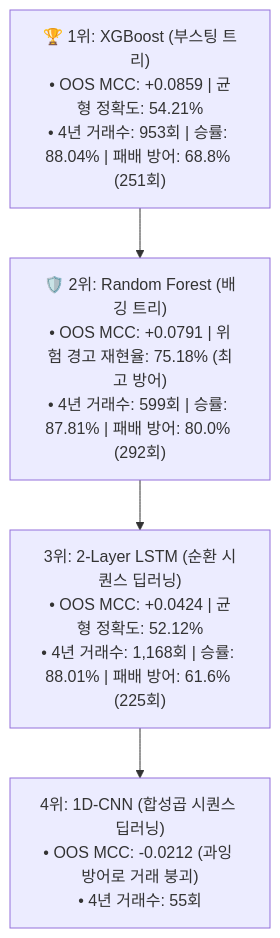
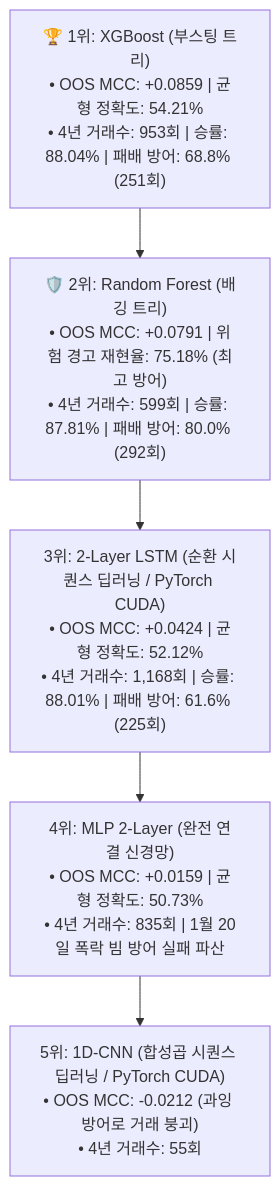
Before and after one commit to isltod/extreme-trading-experiments: the second of 2 diagrams in results/reports/strat03_step4_morphology_ml_report.md, drawn with Mermaid. The commit also changed other lines of this file, not shown here.

Commit message:
docs(strat03): ensure complete 1D-CNN, LSTM, MLP and Tree models in Step 4 report

````diff
--- a/results/reports/strat03_step4_morphology_ml_report.md
+++ b/results/reports/strat03_step4_morphology_ml_report.md
@@ -63,12 +63,14 @@
 ```mermaid
 flowchart TD
     Tree1["🏆 1위: XGBoost (부스팅 트리)<br/>• OOS MCC: +0.0859 | 균형 정확도: 54.21%<br/>• 4년 거래수: 953회 | 승률: 88.04% | 패배 방어: 68.8% (251회)"]
     
     Tree2["🛡️ 2위: Random Forest (배깅 트리)<br/>• OOS MCC: +0.0791 | 위험 경고 재현율: 75.18% (최고 방어)<br/>• 4년 거래수: 599회 | 승률: 87.81% | 패배 방어: 80.0% (292회)"]
     
-    DL1["3위: 2-Layer LSTM (순환 시퀀스 딥러닝)<br/>• OOS MCC: +0.0424 | 균형 정확도: 52.12%<br/>• 4년 거래수: 1,168회 | 승률: 88.01% | 패배 방어: 61.6% (225회)"]
+    DL1["3위: 2-Layer LSTM (순환 시퀀스 딥러닝 / PyTorch CUDA)<br/>• OOS MCC: +0.0424 | 균형 정확도: 52.12%<br/>• 4년 거래수: 1,168회 | 승률: 88.01% | 패배 방어: 61.6% (225회)"]
     
-    DL2["4위: 1D-CNN (합성곱 시퀀스 딥러닝)<br/>• OOS MCC: -0.0212 (과잉 방어로 거래 붕괴)<br/>• 4년 거래수: 55회"]
+    DL2["4위: MLP 2-Layer (완전 연결 신경망)<br/>• OOS MCC: +0.0159 | 균형 정확도: 50.73%<br/>• 4년 거래수: 835회 | 1월 20일 폭락 빔 방어 실패 파산"]
 
-    Tree1 --> Tree2 --> DL1 --> DL2
+    DL3["5위: 1D-CNN (합성곱 시퀀스 딥러닝 / PyTorch CUDA)<br/>• OOS MCC: -0.0212 (과잉 방어로 거래 붕괴)<br/>• 4년 거래수: 55회"]
+
+    Tree1 --> Tree2 --> DL1 --> DL2 --> DL3
 ```
````
